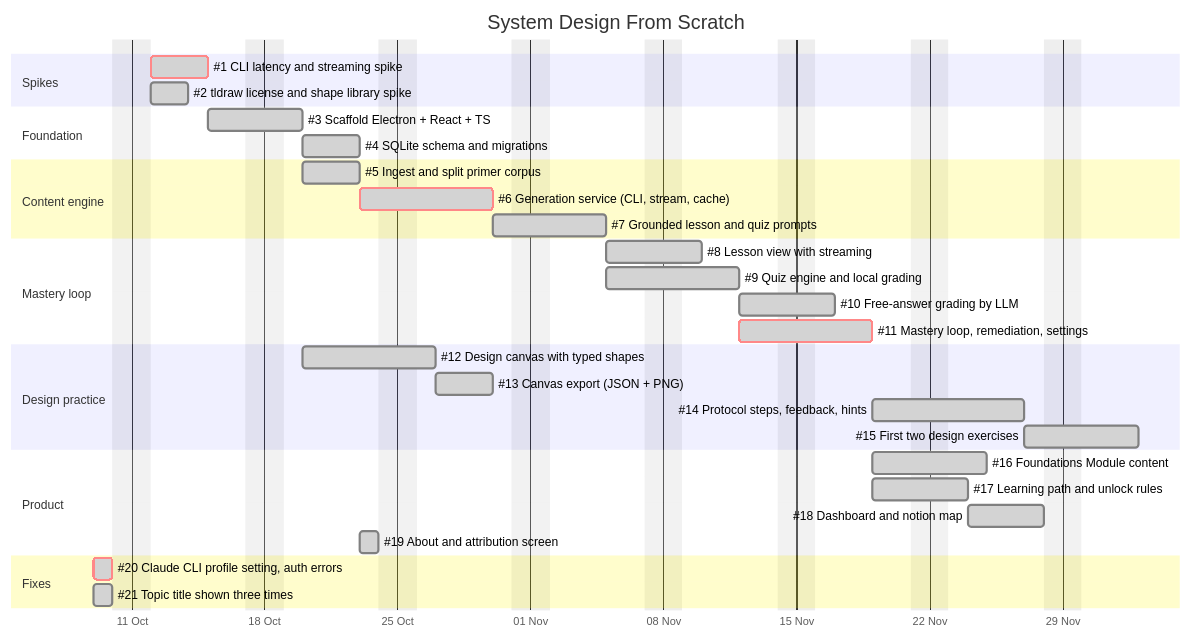
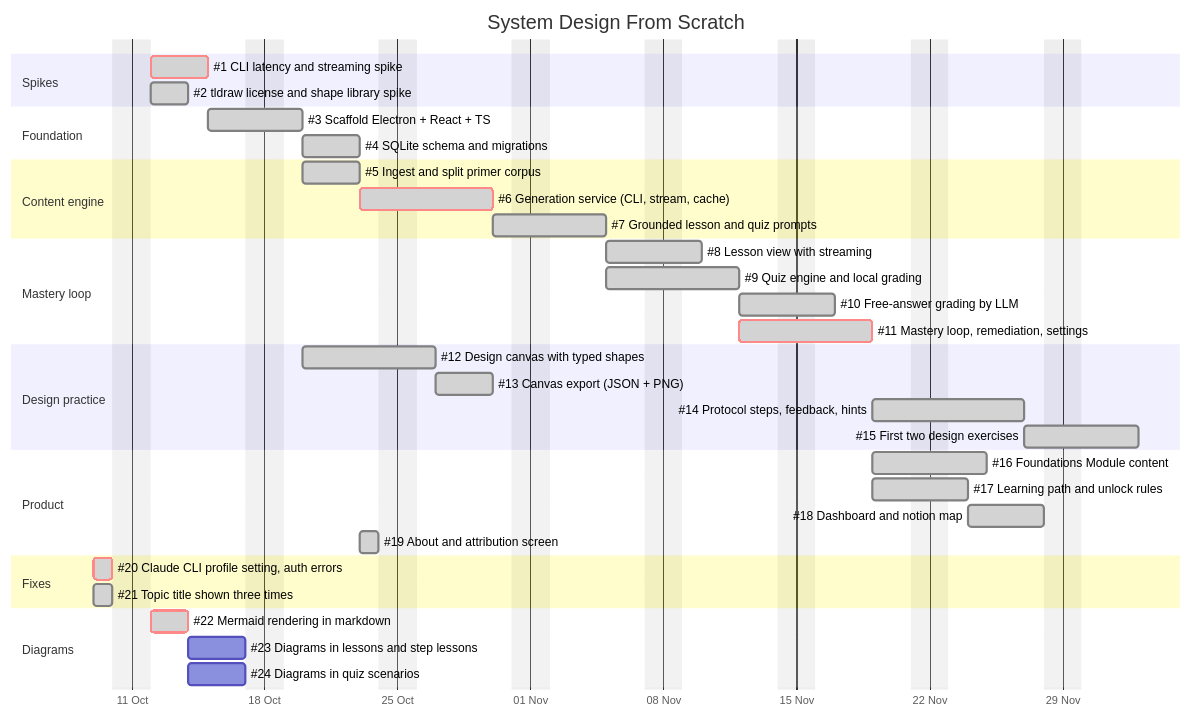
The diagram in docs/ROADMAP.md (jbclaramonte/system-design-from-scratch), drawn with Mermaid before and after one commit. The commit also changed other lines of this file and 24 other files, not shown here.

First line of the commit message:
feat: render Mermaid diagrams in markdown content (#22)

````diff
--- a/docs/ROADMAP.md
+++ b/docs/ROADMAP.md
@@ -13,42 +13,47 @@
 ```mermaid
 gantt
     title System Design From Scratch
     dateFormat YYYY-MM-DD
     excludes weekends
     axisFormat %d %b
 
     section Spikes
     #1 CLI latency and streaming spike        :done, crit, s1, 2026-10-12, 3d
     #2 tldraw license and shape library spike :done, s2, 2026-10-12, 2d
 
     section Foundation
     #3 Scaffold Electron + React + TS         :done, f1, after s1, 3d
     #4 SQLite schema and migrations           :done, f2, after f1, 3d
 
     section Content engine
     #5 Ingest and split primer corpus         :done, c1, after f1, 3d
     #6 Generation service (CLI, stream, cache):done, crit, c2, after f2, 5d
     #7 Grounded lesson and quiz prompts       :done, c3, after c1 c2, 4d
 
     section Mastery loop
     #8 Lesson view with streaming             :done, m1, after c3, 3d
     #9 Quiz engine and local grading          :done, m2, after c3, 5d
     #10 Free-answer grading by LLM            :done, m3, after m2, 3d
     #11 Mastery loop, remediation, settings   :done, crit, m4, after m1 m2, 5d
 
     section Design practice
     #12 Design canvas with typed shapes       :done, d1, after s2 f1, 5d
     #13 Canvas export (JSON + PNG)            :done, d2, after d1, 3d
     #14 Protocol steps, feedback, hints       :done, d3, after d2 m4, 6d
     #15 First two design exercises            :done, d4, after d3, 4d
 
     section Product
     #16 Foundations Module content            :done, p1, after m4, 4d
     #17 Learning path and unlock rules        :done, p2, after m4, 3d
     #18 Dashboard and notion map              :done, p3, after p2, 4d
     #19 About and attribution screen          :done, p4, after c1, 1d
 
     section Fixes
     #20 Claude CLI profile setting, auth errors :done, crit, x1, 2026-10-09, 1d
     #21 Topic title shown three times         :done, x2, 2026-10-09, 1d
+
+    section Diagrams
+    #22 Mermaid rendering in markdown         :done, crit, g1, 2026-10-12, 2d
+    #23 Diagrams in lessons and step lessons  :g2, after g1, 3d
+    #24 Diagrams in quiz scenarios            :g3, after g1, 3d
 ```
````
